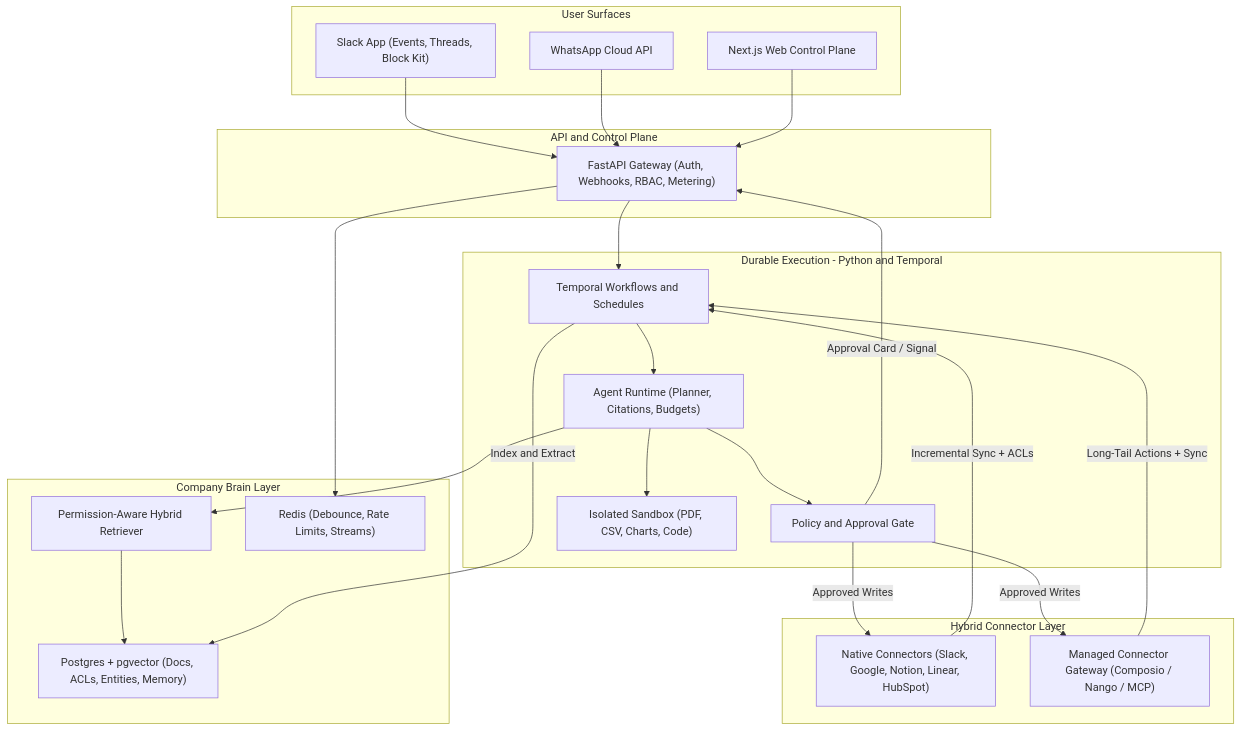
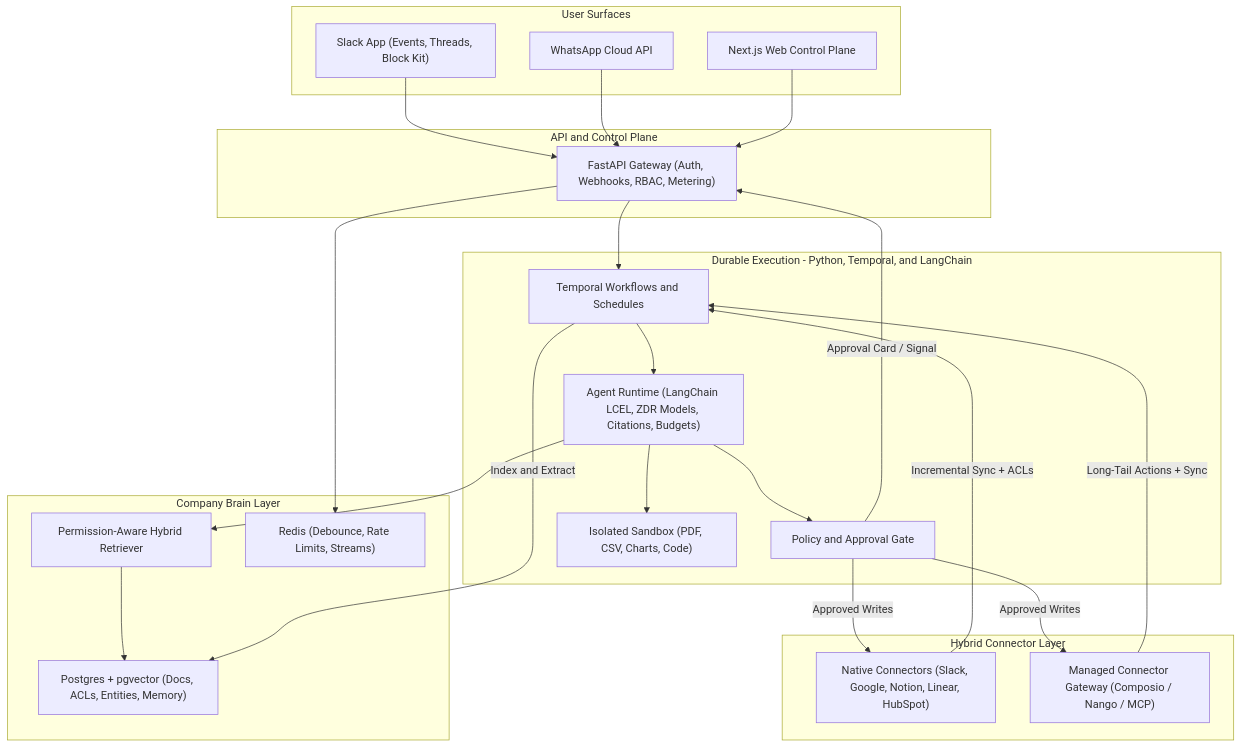
Before and after one commit to raghulchandramouli/ceo: the first of 2 diagrams in .cursor/plans/company-brain-saas-plan.md, drawn with Mermaid. The commit also changed other lines of this file and 10 other files, not shown here.

First line of the commit message:
Record LangChain as the agent runtime and lock the import layers.

````diff
--- a/.cursor/plans/company-brain-saas-plan.md
+++ b/.cursor/plans/company-brain-saas-plan.md
@@ -18,51 +18,51 @@
 ```mermaid
 flowchart TB
   subgraph surfaces [User Surfaces]
     SlackAPI["Slack App (Events, Threads, Block Kit)"]
     WhatsAppAPI["WhatsApp Cloud API"]
     WebConsole["Next.js Web Control Plane"]
   end
 
   subgraph apiLayer [API and Control Plane]
     FastAPI["FastAPI Gateway (Auth, Webhooks, RBAC, Metering)"]
   end
 
-  subgraph runtime [Durable Execution - Python and Temporal]
+  subgraph runtime [Durable Execution - Python, Temporal, and LangChain]
     TemporalEngine["Temporal Workflows and Schedules"]
-    AgentRuntime["Agent Runtime (Planner, Citations, Budgets)"]
+    AgentRuntime["Agent Runtime (LangChain LCEL, ZDR Models, Citations, Budgets)"]
     PolicyGate["Policy and Approval Gate"]
     SandboxExec["Isolated Sandbox (PDF, CSV, Charts, Code)"]
   end
 
   subgraph brain [Company Brain Layer]
     Retrieval["Permission-Aware Hybrid Retriever"]
     PgBrain["Postgres + pgvector (Docs, ACLs, Entities, Memory)"]
     RedisCache["Redis (Debounce, Rate Limits, Streams)"]
   end
 
   subgraph integrations [Hybrid Connector Layer]
     NativeConn["Native Connectors (Slack, Google, Notion, Linear, HubSpot)"]
     ManagedConn["Managed Connector Gateway (Composio / Nango / MCP)"]
   end
 
   SlackAPI --> FastAPI
   WhatsAppAPI --> FastAPI
   WebConsole --> FastAPI
 
   FastAPI --> RedisCache
   FastAPI --> TemporalEngine
 
   TemporalEngine --> AgentRuntime
   AgentRuntime --> Retrieval
   Retrieval --> PgBrain
   AgentRuntime --> PolicyGate
   AgentRuntime --> SandboxExec
 
   PolicyGate -->|"Approval Card / Signal"| FastAPI
   PolicyGate -->|"Approved Writes"| NativeConn
   PolicyGate -->|"Approved Writes"| ManagedConn
 
   NativeConn -->|"Incremental Sync + ACLs"| TemporalEngine
   ManagedConn -->|"Long-Tail Actions + Sync"| TemporalEngine
   TemporalEngine -->|"Index and Extract"| PgBrain
 ```
````
